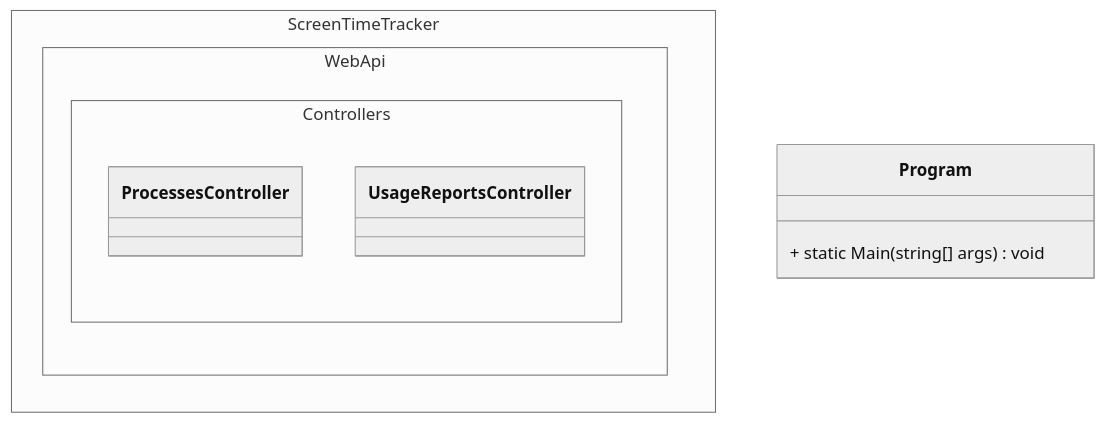
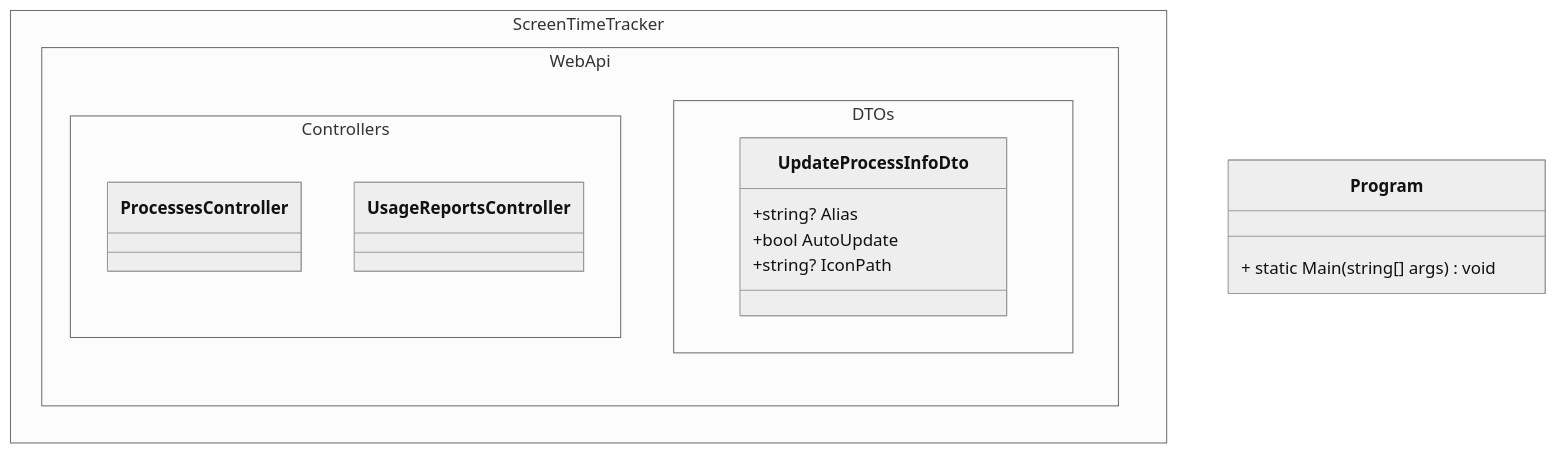
The fifth of 6 diagrams in docs/detailed-design.md (LaLa-HaHa-Hei/ScreenTimeTracker), drawn with Mermaid (neutral theme) before and after one commit. The commit also changed other lines of this file and 4 other files, not shown here.

````diff
--- a/docs/detailed-design.md
+++ b/docs/detailed-design.md
@@ -286,13 +275,20 @@
 ```mermaid 
 classDiagram
     direction TB
     class Program {
         + static Main(string[] args) void
     }
     namespace ScreenTimeTracker.WebApi.Controllers {
         class ProcessesController {
         }
         class UsageReportsController{
         }
     }
+    namespace ScreenTimeTracker.WebApi.DTOs {
+        class UpdateProcessInfoDto {
+            +string? Alias
+            +bool AutoUpdate
+            +string? IconPath
+        }
+    }
 ```
````
